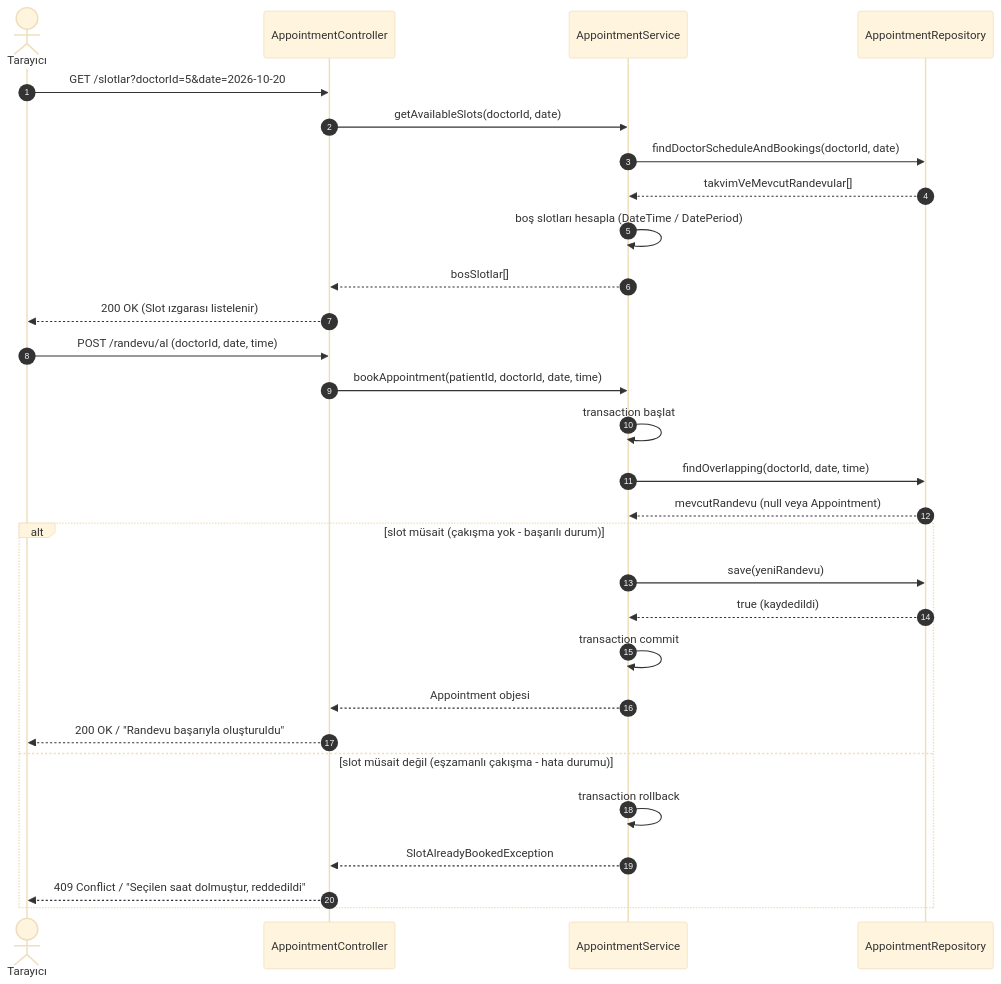
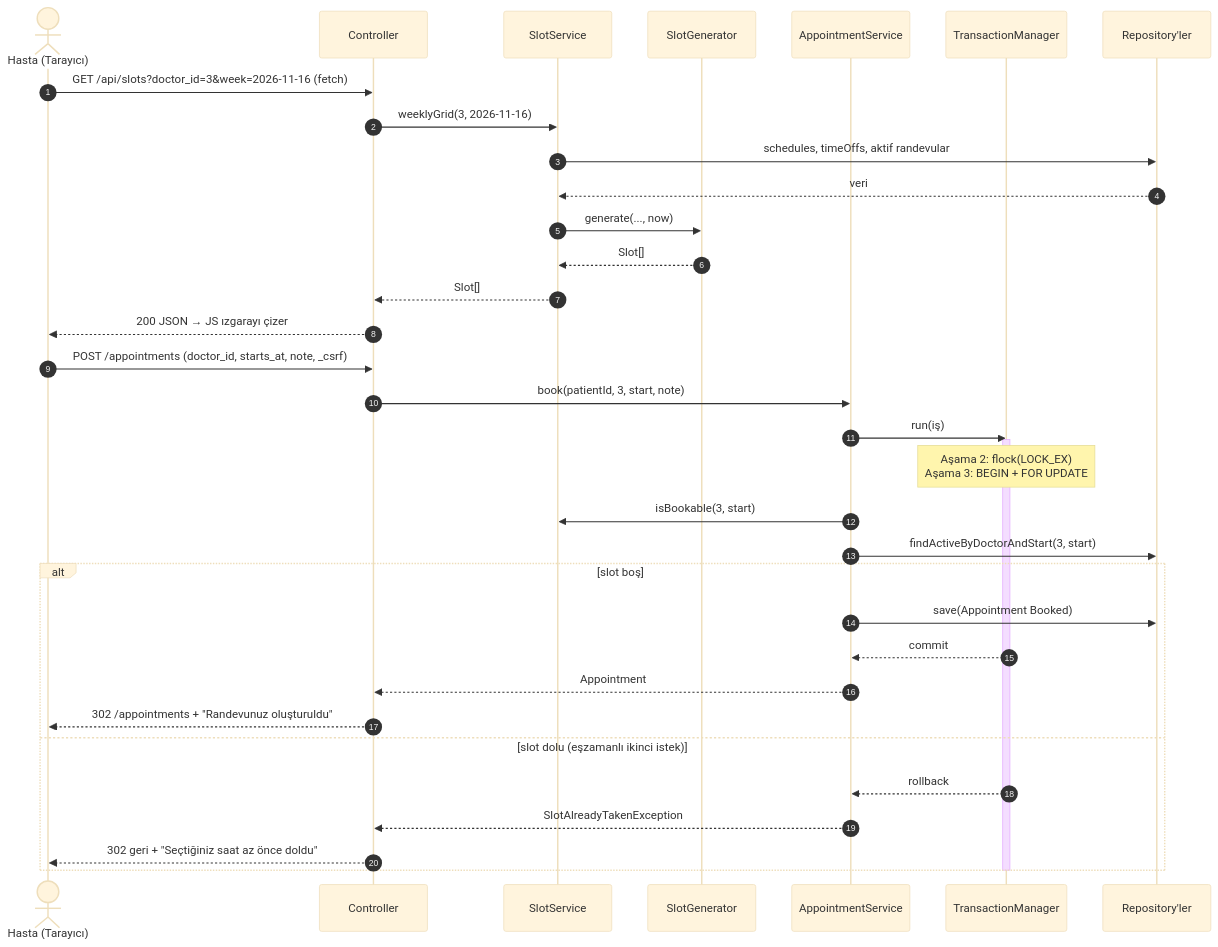
One commit to denizugurgenc02/clinic-appointment-system changed the third of 6 diagrams in docs/tasarim.md. Above: the diagram before and after it, drawn with Mermaid (base theme). The commit also changed other lines of this file and 1 other file, not shown here.

First line of the commit message:
Tasarım belgesi Aşama 2 kararlarına göre tutarlı hale getirildi

````diff
--- a/docs/tasarim.md
+++ b/docs/tasarim.md
@@ -568,38 +453,39 @@
 ```mermaid
 sequenceDiagram
     autonumber
-    actor T as Tarayıcı
-    participant C as AppointmentController
-    participant S as AppointmentService
-    participant R as AppointmentRepository
+    actor H as Hasta (Tarayıcı)
+    participant C as Controller
+    participant SS as SlotService
+    participant G as SlotGenerator
+    participant AS as AppointmentService
+    participant TX as TransactionManager
+    participant R as Repository'ler
 
-    %% 1. Filtreleme ve Slotların Veritabanından Getirilmesi
-    T->>C: GET /slotlar?doctorId=5&date=2026-10-20
-    C->>S: getAvailableSlots(doctorId, date)
-    S->>R: findDoctorScheduleAndBookings(doctorId, date)
-    R-->>S: takvimVeMevcutRandevular[]
-    S->>S: boş slotları hesapla (DateTime / DatePeriod)
-    S-->>C: bosSlotlar[]
-    C-->>T: 200 OK (Slot ızgarası listelenir)
+    H->>C: GET /api/slots?doctor_id=3&week=2026-11-16 (fetch)
+    C->>SS: weeklyGrid(3, 2026-11-16)
+    SS->>R: schedules, timeOffs, aktif randevular
+    R-->>SS: veri
+    SS->>G: generate(..., now)
+    G-->>SS: Slot[]
+    SS-->>C: Slot[]
+    C-->>H: 200 JSON → JS ızgarayı çizer
 
-    %% 2. Randevu Seçimi, Doğrulama ve Transaction
-    T->>C: POST /randevu/al (doctorId, date, time)
-    C->>S: bookAppointment(patientId, doctorId, date, time)
-    
-    S->>S: transaction başlat
-    S->>R: findOverlapping(doctorId, date, time)
-    R-->>S: mevcutRandevu (null veya Appointment)
-
-    %% 3. Karar Bloğu: İlk durum müsaitlik, else durumu müsait olmama
-    alt slot müsait (çakışma yok - başarılı durum)
-        S->>R: save(yeniRandevu)
-        R-->>S: true (kaydedildi)
-        S->>S: transaction commit
-        S-->>C: Appointment objesi
-        C-->>T: 200 OK / "Randevu başarıyla oluşturuldu"
-    else slot müsait değil (eşzamanlı çakışma - hata durumu)
-        S->>S: transaction rollback
-        S-->>C: SlotAlreadyBookedException
-        C-->>T: 409 Conflict / "Seçilen saat dolmuştur, reddedildi"
+    H->>C: POST /appointments (doctor_id, starts_at, note, _csrf)
+    C->>AS: book(patientId, 3, start, note)
+    AS->>TX: run(iş)
+    activate TX
+    Note over TX: Aşama 2: flock(LOCK_EX)<br/>Aşama 3: BEGIN + FOR UPDATE
+    AS->>SS: isBookable(3, start)
+    AS->>R: findActiveByDoctorAndStart(3, start)
+    alt slot boş
+        AS->>R: save(Appointment Booked)
+        TX-->>AS: commit
+        AS-->>C: Appointment
+        C-->>H: 302 /appointments + "Randevunuz oluşturuldu"
+    else slot dolu (eşzamanlı ikinci istek)
+        TX-->>AS: rollback
+        AS-->>C: SlotAlreadyTakenException
+        C-->>H: 302 geri + "Seçtiğiniz saat az önce doldu"
     end
+    deactivate TX
 ```
````
